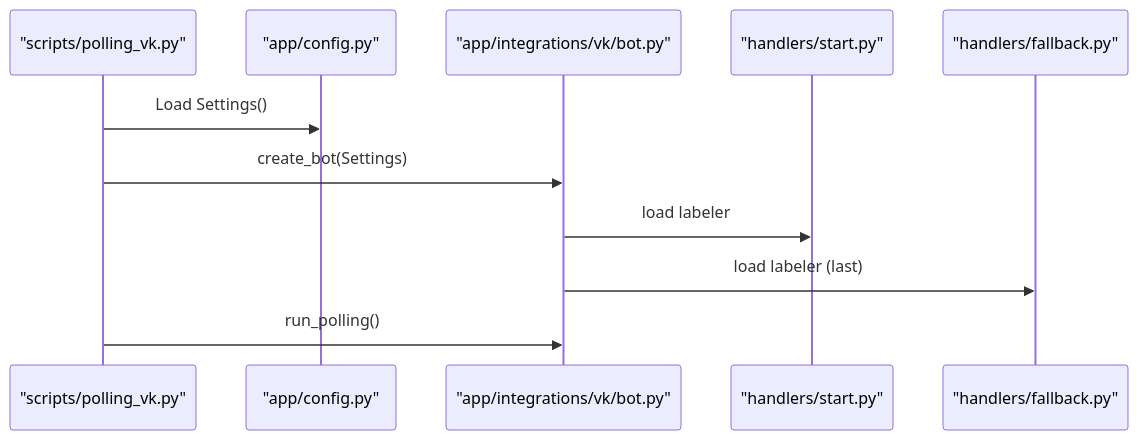
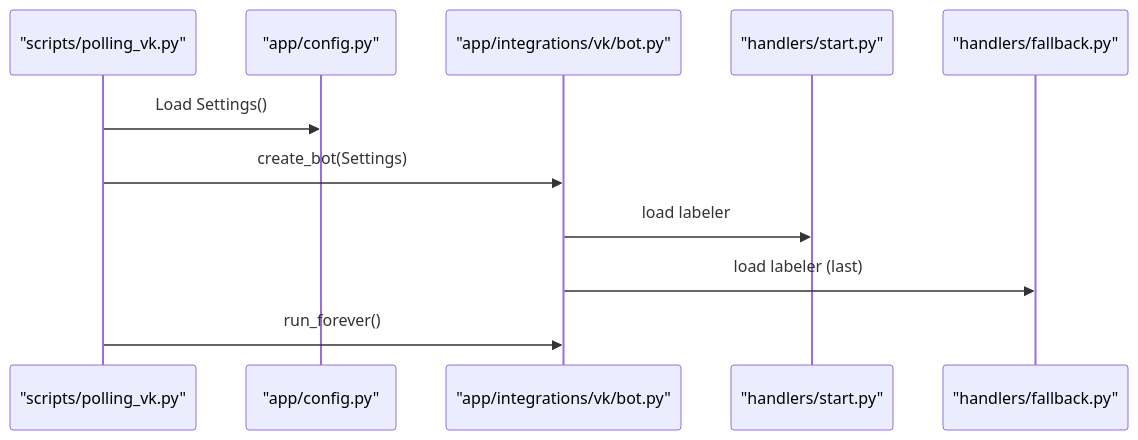
Before and after one commit to ognelis/cafetera_hr_bot: the fourth of 5 diagrams in .qoder/repowiki/en/content/Development Workflow/Development Workflow.md, drawn with Mermaid. The commit also changed other lines of this file and 5 other files, not shown here.

````diff
--- a/.qoder/repowiki/en/content/Development Workflow/Development Workflow.md
+++ b/.qoder/repowiki/en/content/Development Workflow/Development Workflow.md
@@ -174,13 +266,13 @@
 ```mermaid
 sequenceDiagram
 participant CLI as "scripts/polling_vk.py"
 participant CFG as "app/config.py"
 participant BOT as "app/integrations/vk/bot.py"
 participant START as "handlers/start.py"
 participant FALL as "handlers/fallback.py"
 CLI->>CFG : Load Settings()
 CLI->>BOT : create_bot(Settings)
 BOT->>START : load labeler
 BOT->>FALL : load labeler (last)
-CLI->>BOT : run_polling()
+CLI->>BOT : run_forever()
 ```
````
